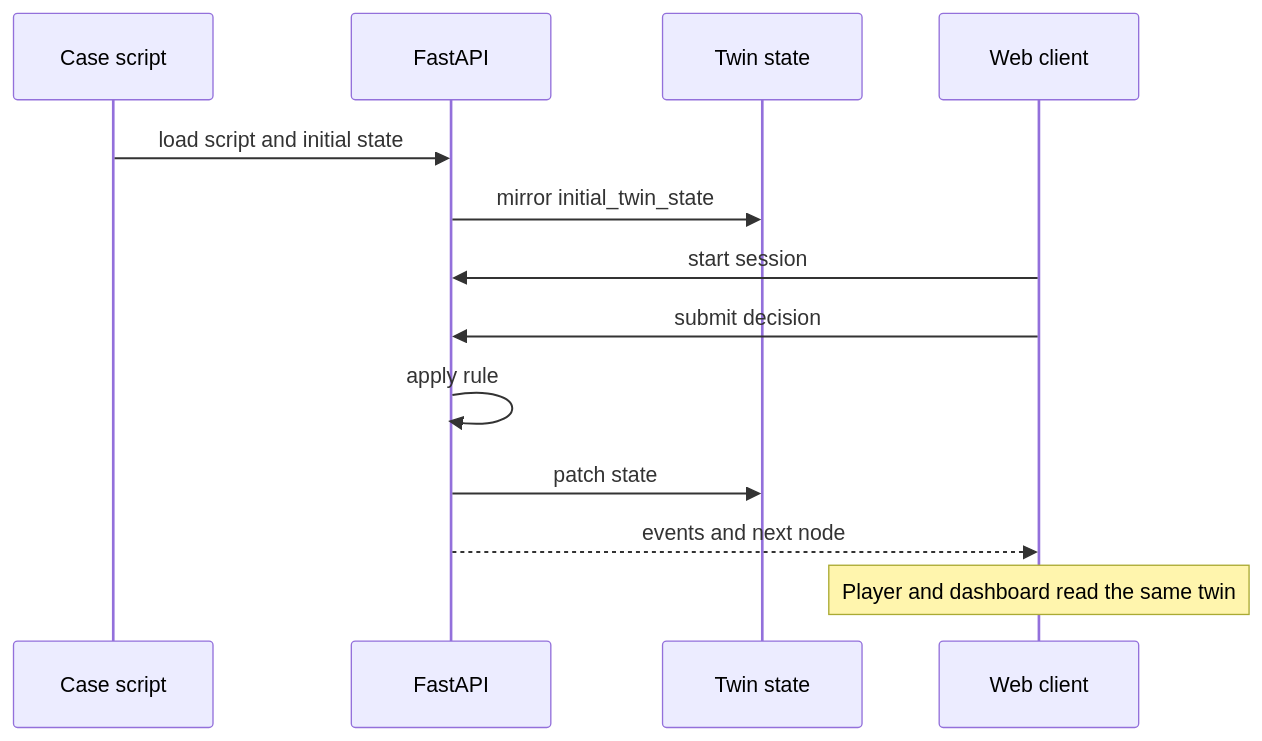
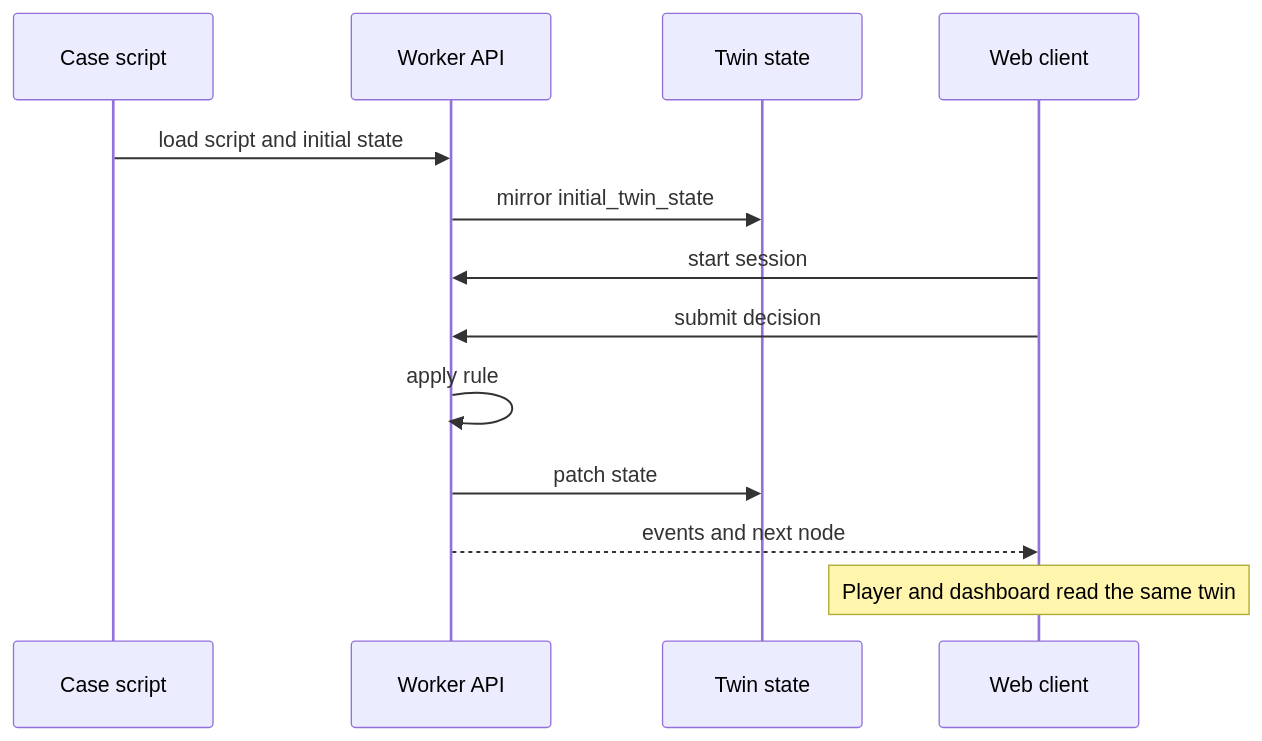
Before and after one commit to innalhy/aml-twin: the second of 2 diagrams in docs/architecture.md, drawn with Mermaid. The commit also changed other lines of this file and 21 other files, not shown here.

````diff
--- a/docs/architecture.md
+++ b/docs/architecture.md
@@ -27,15 +29,15 @@
 ```mermaid
 sequenceDiagram
   participant Script as Case script
-  participant API as FastAPI
+  participant API as Worker API
   participant Twin as Twin state
   participant Web as Web client
   Script->>API: load script and initial state
   API->>Twin: mirror initial_twin_state
   Web->>API: start session
   Web->>API: submit decision
   API->>API: apply rule
   API->>Twin: patch state
   API-->>Web: events and next node
   Note over Web: Player and dashboard read the same twin
 ```
````
